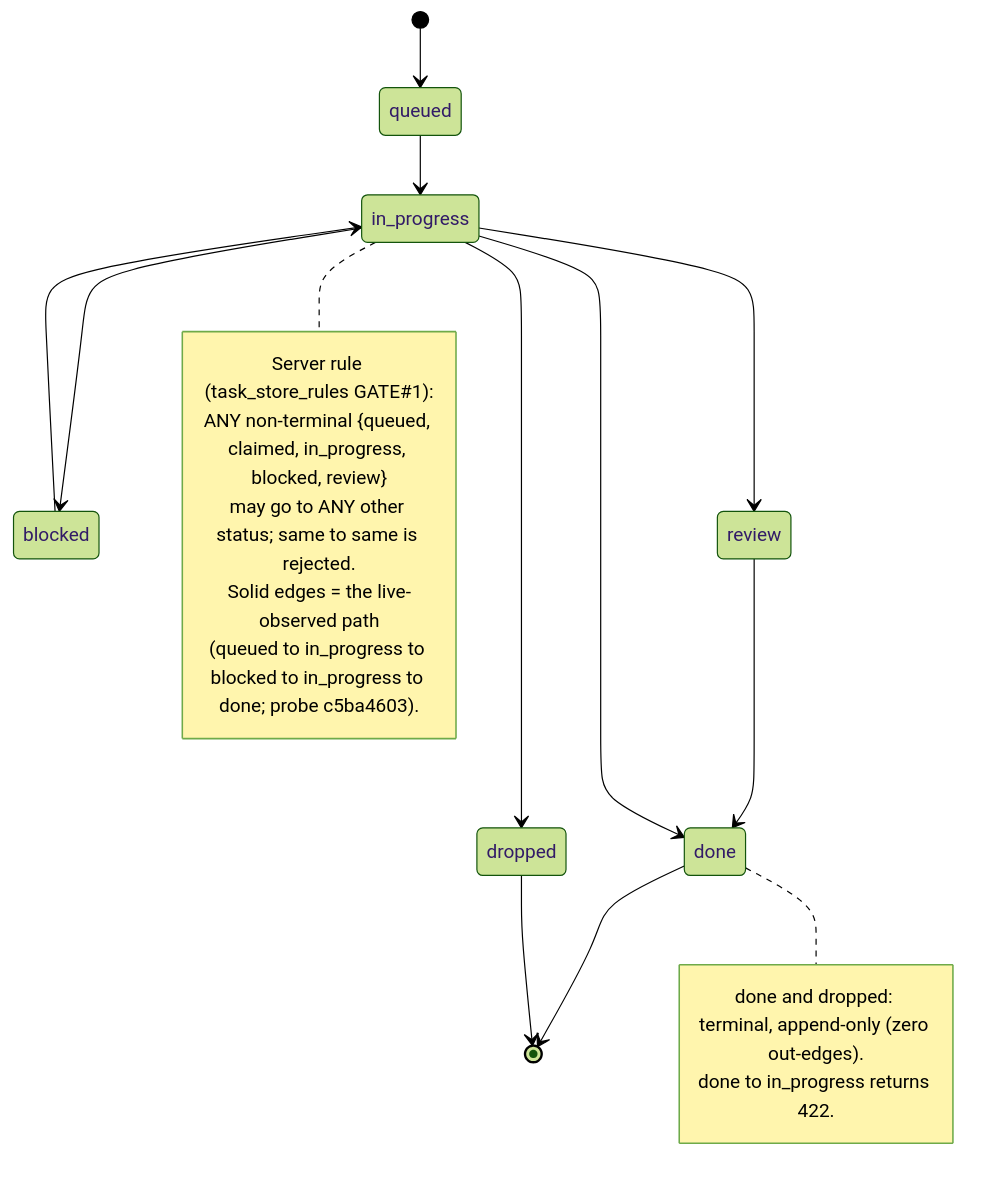
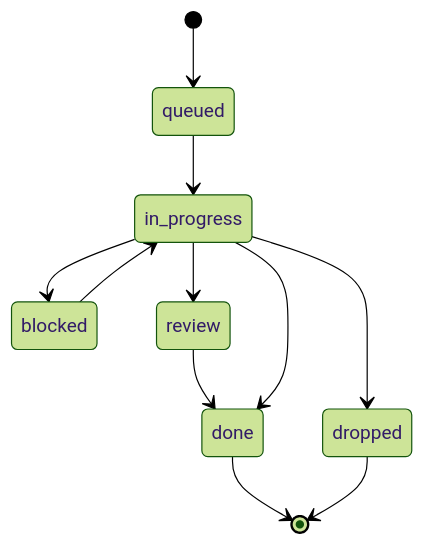
Before and after one commit to deepily/planning-is-prompting: the diagram in workflow/task-store-discipline.md, drawn with Mermaid (forest theme). The commit also changed other lines of this file and 221 other files, not shown here.

````diff
--- a/workflow/task-store-discipline.md
+++ b/workflow/task-store-discipline.md
@@ -295,24 +358,13 @@
 ```mermaid
 stateDiagram-v2
     [*] --> queued
     queued --> in_progress
     in_progress --> blocked
     blocked --> in_progress
     in_progress --> review
     review --> done
     in_progress --> done
     in_progress --> dropped
     done --> [*]
     dropped --> [*]
-    note right of in_progress
-      Server rule (task_store_rules GATE#1):
-      ANY non-terminal {queued, claimed, in_progress, blocked, review}
-      may go to ANY other status; same to same is rejected.
-      Solid edges = the live-observed path
-      (queued to in_progress to blocked to in_progress to done; probe c5ba4603).
-    end note
-    note right of done
-      done and dropped: terminal, append-only (zero out-edges).
-      done to in_progress returns 422.
-    end note
 ```
````
